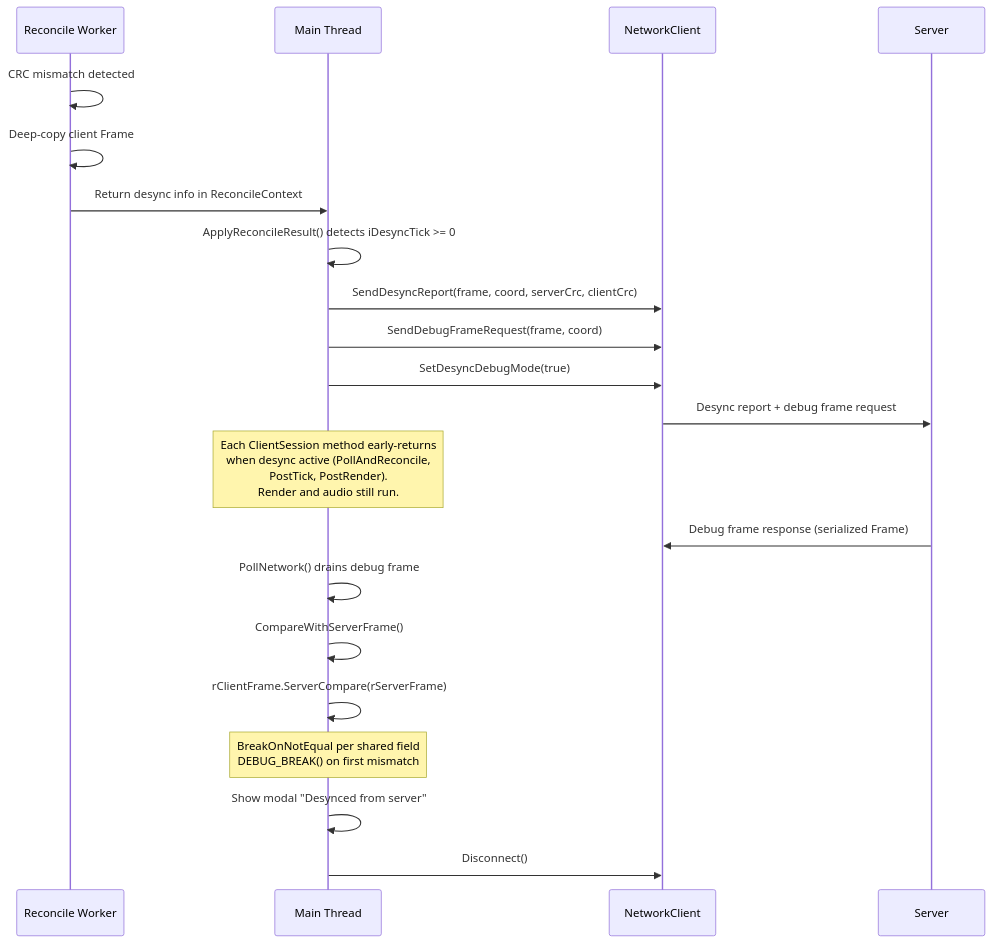
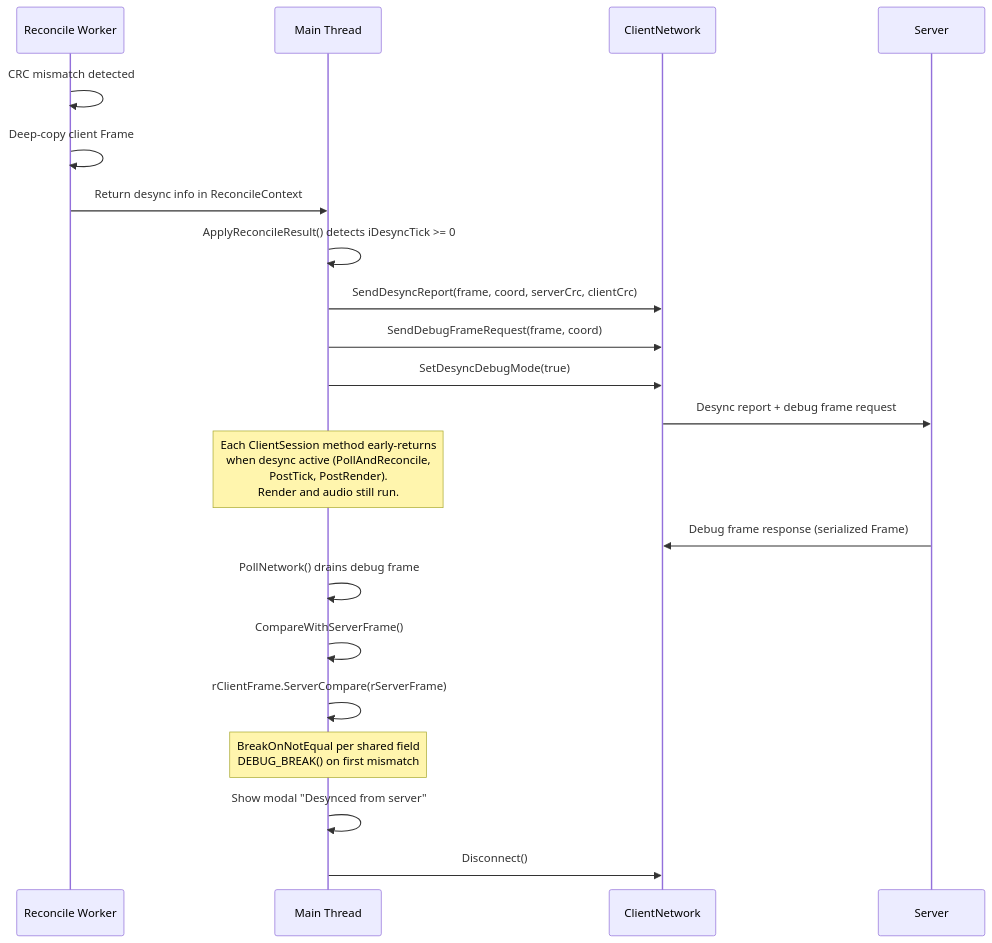
Before and after one commit to DougTanner/BrokenEnginePublic: the fourth of 4 diagrams in Documents/Architecture/GameReconciliation.md, drawn with Mermaid. The commit also changed other lines of this file and 66 other files, not shown here.

````diff
--- a/Documents/Architecture/GameReconciliation.md
+++ b/Documents/Architecture/GameReconciliation.md
@@ -141,29 +141,29 @@
 ```mermaid
 %%{init: {'theme': 'default'}}%%
 sequenceDiagram
     participant Worker as Reconcile Worker
     participant Main as Main Thread
-    participant Net as NetworkClient
+    participant Net as ClientNetwork
     participant Server
 
     Worker->>Worker: CRC mismatch detected
     Worker->>Worker: Deep-copy client Frame
     Worker->>Main: Return desync info in ReconcileContext
 
     Main->>Main: ApplyReconcileResult() detects iDesyncTick >= 0
     Main->>Net: SendDesyncReport(frame, coord, serverCrc, clientCrc)
     Main->>Net: SendDebugFrameRequest(frame, coord)
     Main->>Net: SetDesyncDebugMode(true)
     Net->>Server: Desync report + debug frame request
 
     Note over Main: Each ClientSession method early-returns<br/>when desync active (PollAndReconcile,<br/>PostTick, PostRender).<br/>Render and audio still run.
 
     Server->>Net: Debug frame response (serialized Frame)
     Main->>Main: PollNetwork() drains debug frame
     Main->>Main: CompareWithServerFrame()
     Main->>Main: rClientFrame.ServerCompare(rServerFrame)
     Note over Main: BreakOnNotEqual per shared field<br/>DEBUG_BREAK() on first mismatch
 
     Main->>Main: Show modal "Desynced from server"
     Main->>Net: Disconnect()
 ```
````
